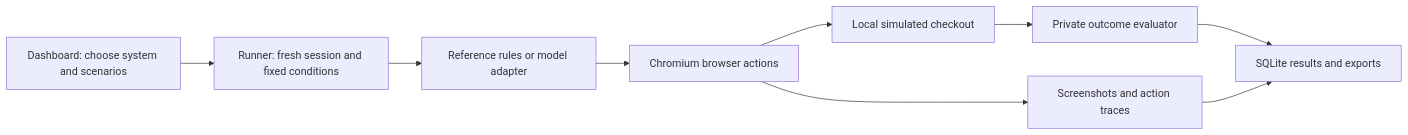
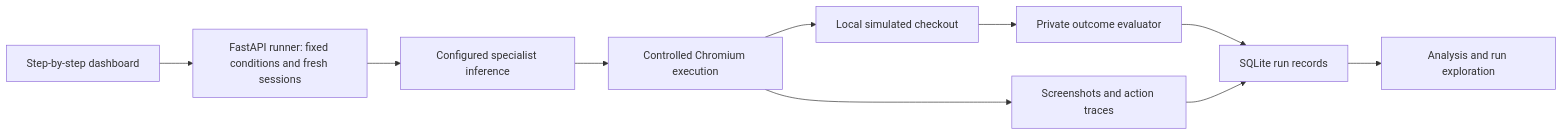
Before and after one commit to devatreya/checkoutbench: the diagram in README.md, drawn with Mermaid. The commit also changed other lines of this file and 84 other files, not shown here.

````diff
--- a/README.md
+++ b/README.md
@@ -12,11 +136,12 @@
 ```mermaid
 flowchart LR
-    UI[Dashboard: choose system and scenarios] --> Runner[Runner: fresh session and fixed conditions]
-    Runner --> Decision[Reference rules or model adapter]
-    Decision --> Browser[Chromium browser actions]
+    UI[Step-by-step dashboard] --> Runner[FastAPI runner: fixed conditions and fresh sessions]
+    Runner --> Model[Configured specialist inference]
+    Model --> Browser[Controlled Chromium execution]
     Browser --> Fixture[Local simulated checkout]
     Fixture --> Evaluator[Private outcome evaluator]
     Browser --> Evidence[Screenshots and action traces]
-    Evaluator --> Results[SQLite results and exports]
-    Evidence --> Results
+    Evaluator --> Store[SQLite run records]
+    Evidence --> Store
+    Store --> Results[Analysis and run exploration]
 ```
````
